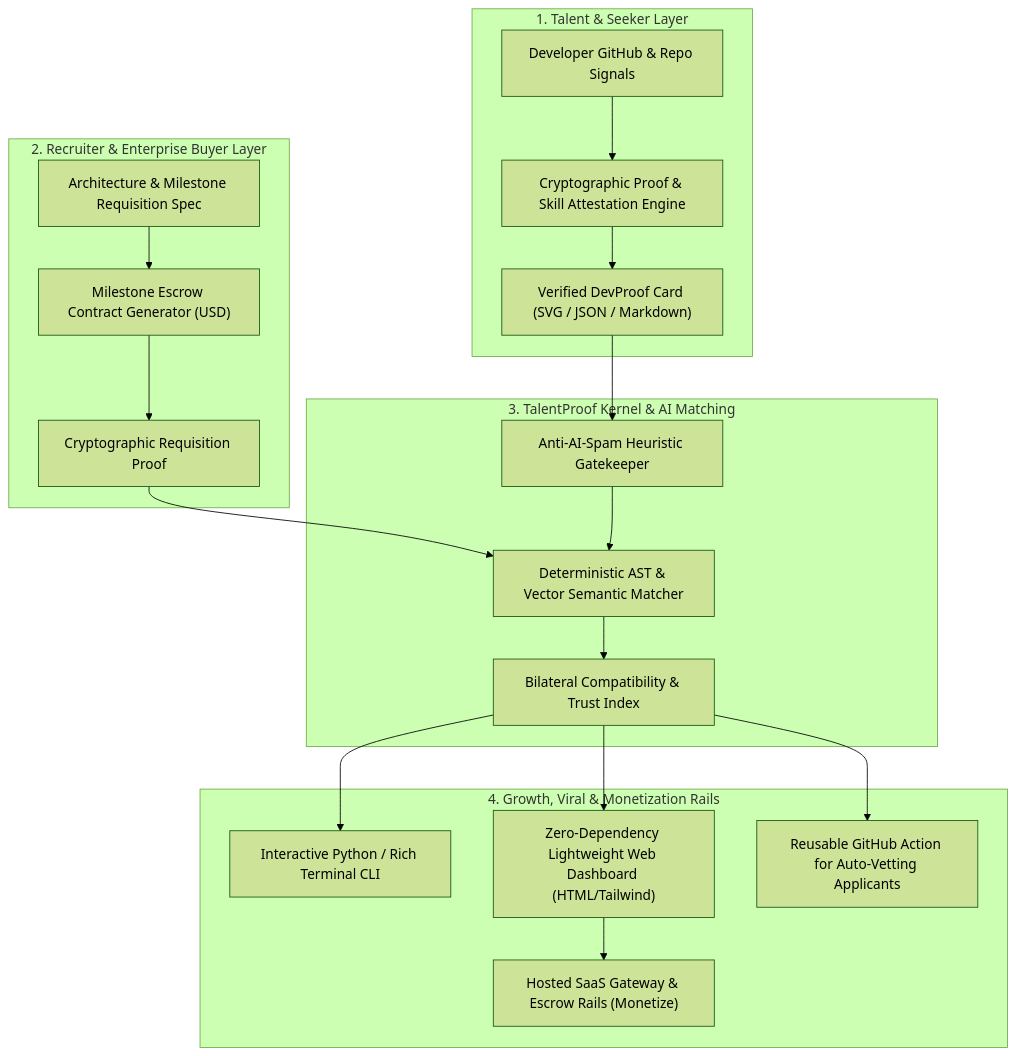
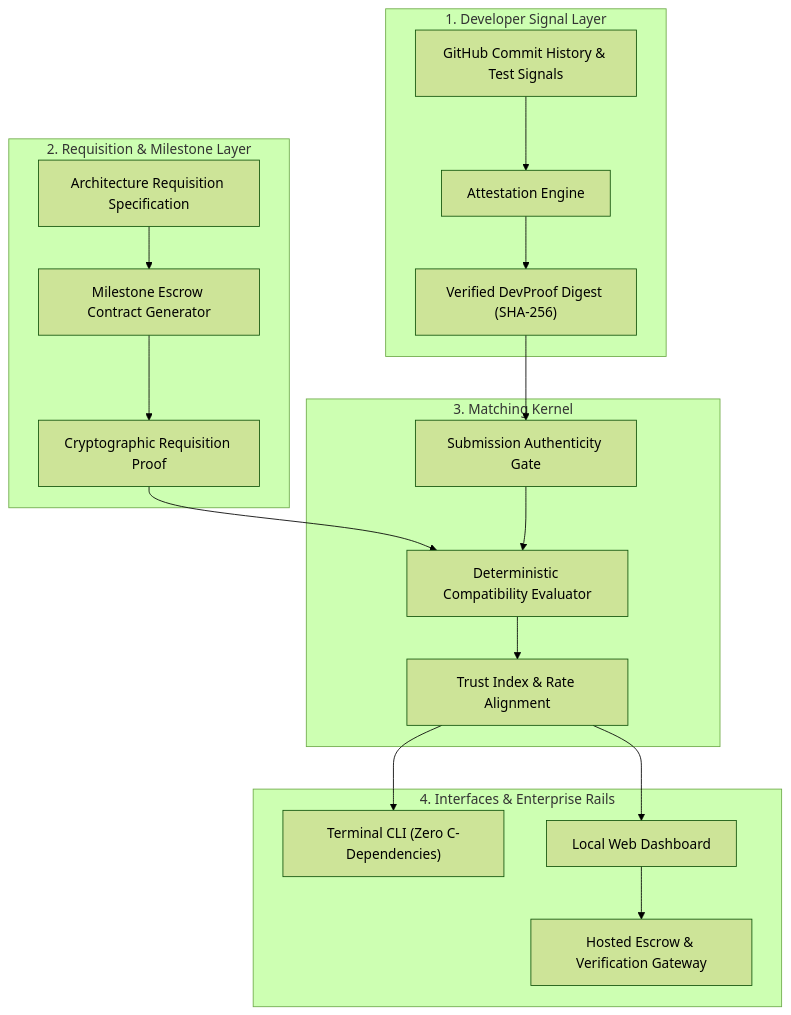
One commit to Amz34/talentproof-protocol changed the diagram in README.md. Above: the diagram before and after it, drawn with Mermaid (forest theme). The commit also changed other lines of this file and 2 other files, not shown here.

Commit message:
style: apply unslop principles across banner, README copy and web dashboard

````diff
--- a/README.md
+++ b/README.md
@@ -39,36 +39,34 @@
 ```mermaid
 flowchart TD
-    subgraph TalentLayer["1. Talent & Seeker Layer"]
-        DevProfile["Developer GitHub & Repo Signals"]
-        ProofGen["Cryptographic Proof & Skill Attestation Engine"]
+    subgraph TalentLayer["1. Developer Signal Layer"]
+        DevProfile["GitHub Commit History & Test Signals"]
+        ProofGen["Attestation Engine"]
         DevProfile --> ProofGen
-        ProofGen --> ProofCard["Verified DevProof Card (SVG / JSON / Markdown)"]
+        ProofGen --> ProofCard["Verified DevProof Digest (SHA-256)"]
     end
 
-    subgraph RecruiterLayer["2. Recruiter & Enterprise Buyer Layer"]
-        JobSpec["Architecture & Milestone Requisition Spec"]
-        BudgetLock["Milestone Escrow Contract Generator (USD)"]
+    subgraph RecruiterLayer["2. Requisition & Milestone Layer"]
+        JobSpec["Architecture Requisition Specification"]
+        BudgetLock["Milestone Escrow Contract Generator"]
         JobSpec --> BudgetLock
         BudgetLock --> VerifiedSpec["Cryptographic Requisition Proof"]
     end
 
-    subgraph CoreKernel["3. TalentProof Kernel & AI Matching"]
-        SemanticMatcher["Deterministic AST & Vector Semantic Matcher"]
-        AntiSpamFilter["Anti-AI-Spam Heuristic Gatekeeper"]
+    subgraph CoreKernel["3. Matching Kernel"]
+        SemanticMatcher["Deterministic Compatibility Evaluator"]
+        AntiSpamFilter["Submission Authenticity Gate"]
         ProofCard --> AntiSpamFilter
         VerifiedSpec --> SemanticMatcher
         AntiSpamFilter --> SemanticMatcher
-        SemanticMatcher --> MatchScore["Bilateral Compatibility & Trust Index"]
+        SemanticMatcher --> MatchScore["Trust Index & Rate Alignment"]
     end
 
-    subgraph DistributionMonetization["4. Growth, Viral & Monetization Rails"]
-        TerminalCLI["Interactive Python / Rich Terminal CLI"]
-        EmbeddedUI["Zero-Dependency Lightweight Web Dashboard (HTML/Tailwind)"]
-        GitHubActions["Reusable GitHub Action for Auto-Vetting Applicants"]
-        EnterpriseAPI["Hosted SaaS Gateway & Escrow Rails (Monetize)"]
+    subgraph DistributionMonetization["4. Interfaces & Enterprise Rails"]
+        TerminalCLI["Terminal CLI (Zero C-Dependencies)"]
+        EmbeddedUI["Local Web Dashboard"]
+        EnterpriseAPI["Hosted Escrow & Verification Gateway"]
         MatchScore --> TerminalCLI
         MatchScore --> EmbeddedUI
-        MatchScore --> GitHubActions
         EmbeddedUI --> EnterpriseAPI
     end
 ```
````
